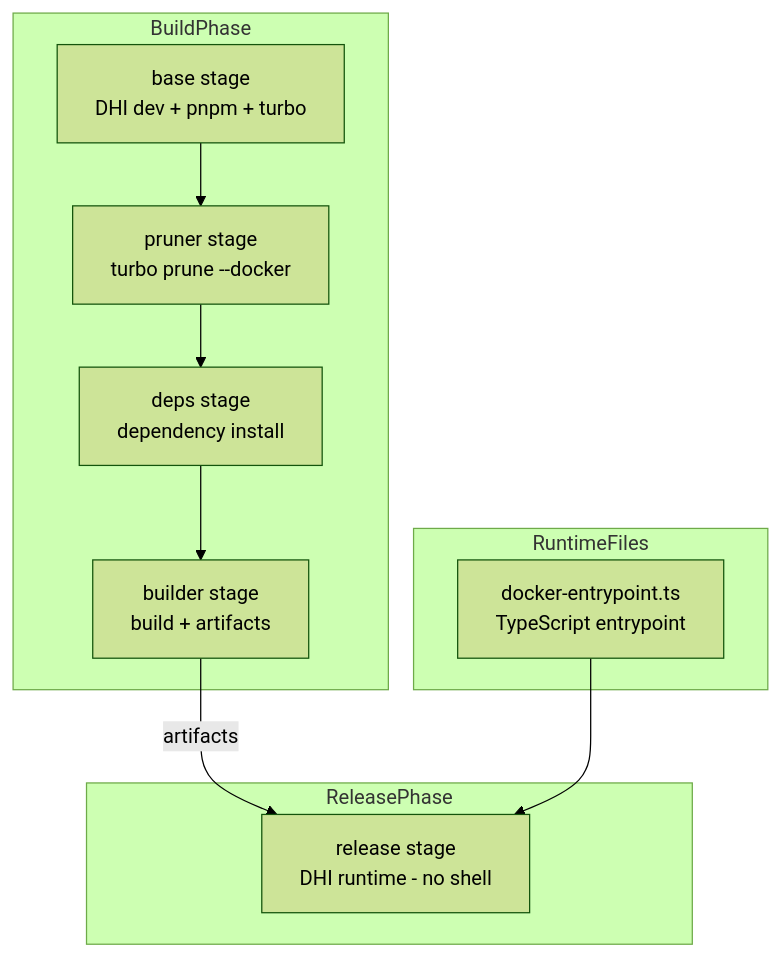
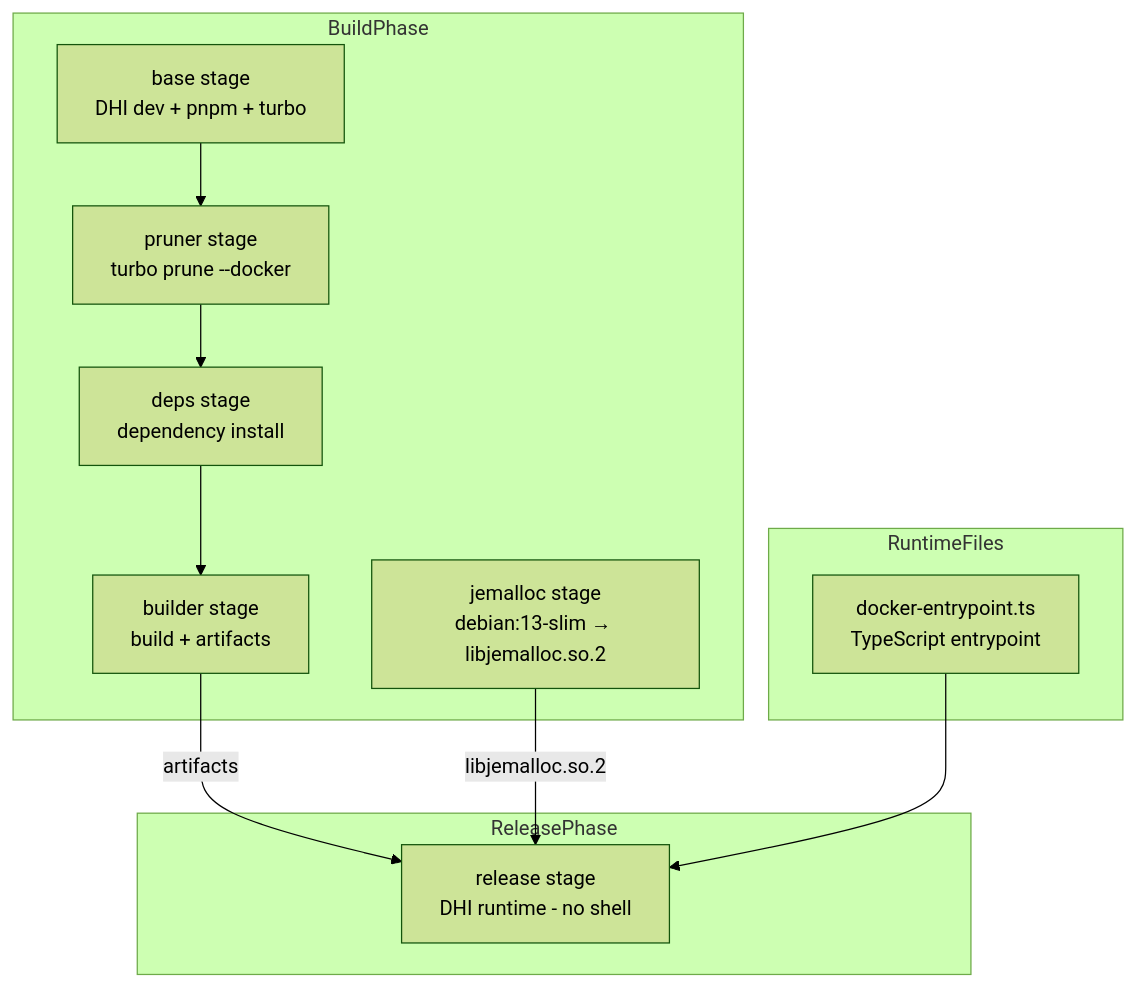
One commit to growilabs/growi changed the first of 3 diagrams in .kiro/specs/official-docker-image/design.md. Above: the diagram before and after it, drawn with Mermaid (forest theme). The commit also changed other lines of this file and 4 other files, not shown here.

````diff
--- a/.kiro/specs/official-docker-image/design.md
+++ b/.kiro/specs/official-docker-image/design.md
@@ -51,24 +52,26 @@
 ```mermaid
 graph TB
     subgraph BuildPhase
         base[base stage<br>DHI dev + pnpm + turbo]
         pruner[pruner stage<br>turbo prune --docker]
         deps[deps stage<br>dependency install]
         builder[builder stage<br>build + artifacts]
+        jemalloc[jemalloc stage<br>debian:13-slim → libjemalloc.so.2]
     end
 
     subgraph ReleasePhase
         release[release stage<br>DHI runtime - no shell]
     end
 
     base --> pruner
     pruner --> deps
     deps --> builder
     builder -->|artifacts| release
+    jemalloc -->|libjemalloc.so.2| release
 
     subgraph RuntimeFiles
         entrypoint[docker-entrypoint.ts<br>TypeScript entrypoint]
     end
 
     entrypoint --> release
 ```
````
